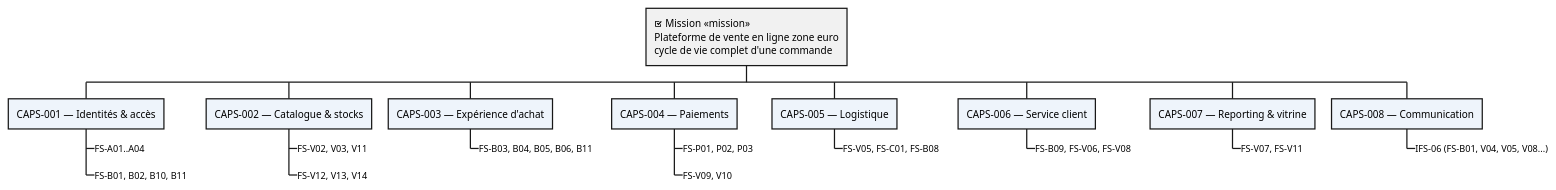
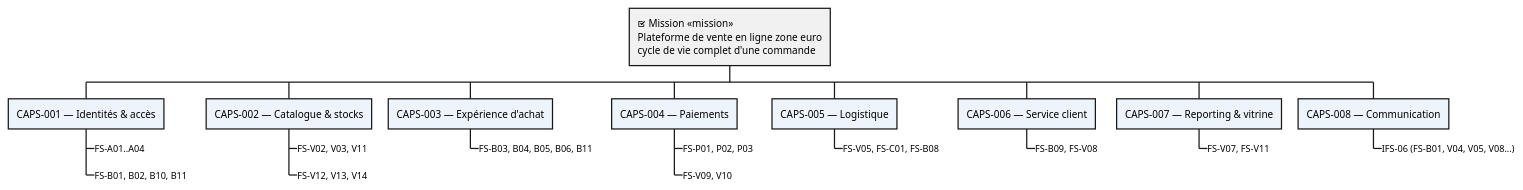
One commit to louistalvande/online_shop changed the first of 6 diagrams in architecture/02-system-analysis/sa.adoc. Above: the diagram before and after it, drawn with PlantUML. The commit also changed 31 other files, not shown here.

```diff
--- a/architecture/02-system-analysis/sa.adoc
+++ b/architecture/02-system-analysis/sa.adoc
@@ -214,49 +214,49 @@
 [plantuml, sa-mission-caps-functions, svg]
 ----
 @startwbs
 <style>
 wbsDiagram {
   .mission {
     BackgroundColor #E8F4FD
     FontStyle bold
   }
   .caps {
     BackgroundColor #EEF4FB
   }
   .funcs {
     BackgroundColor #FAFAFA
     FontSize 11
   }
 }
 </style>
 
 * <&task> Mission <<mission>>\nPlateforme de vente en ligne zone euro\ncycle de vie complet d'une commande
 
 ** CAPS-001 — Identités & accès <<caps>>
 ***_ FS-A01..A04 <<funcs>>
 ***_ FS-B01, B02, B10, B11 <<funcs>>
 
 ** CAPS-002 — Catalogue & stocks <<caps>>
 ***_ FS-V02, V03, V11 <<funcs>>
 ***_ FS-V12, V13, V14 <<funcs>>
 
 ** CAPS-003 — Expérience d'achat <<caps>>
 ***_ FS-B03, B04, B05, B06, B11 <<funcs>>
 
 ** CAPS-004 — Paiements <<caps>>
 ***_ FS-P01, P02, P03 <<funcs>>
 ***_ FS-V09, V10 <<funcs>>
 
 ** CAPS-005 — Logistique <<caps>>
 ***_ FS-V05, FS-C01, FS-B08 <<funcs>>
 
 ** CAPS-006 — Service client <<caps>>
-***_ FS-B09, FS-V06, FS-V08 <<funcs>>
+***_ FS-B09, FS-V08 <<funcs>>
 
 ** CAPS-007 — Reporting & vitrine <<caps>>
 ***_ FS-V07, FS-V11 <<funcs>>
 
 ** CAPS-008 — Communication <<caps>>
 ***_ IFS-06 (FS-B01, V04, V05, V08...) <<funcs>>
 @endwbs
 ----
```
